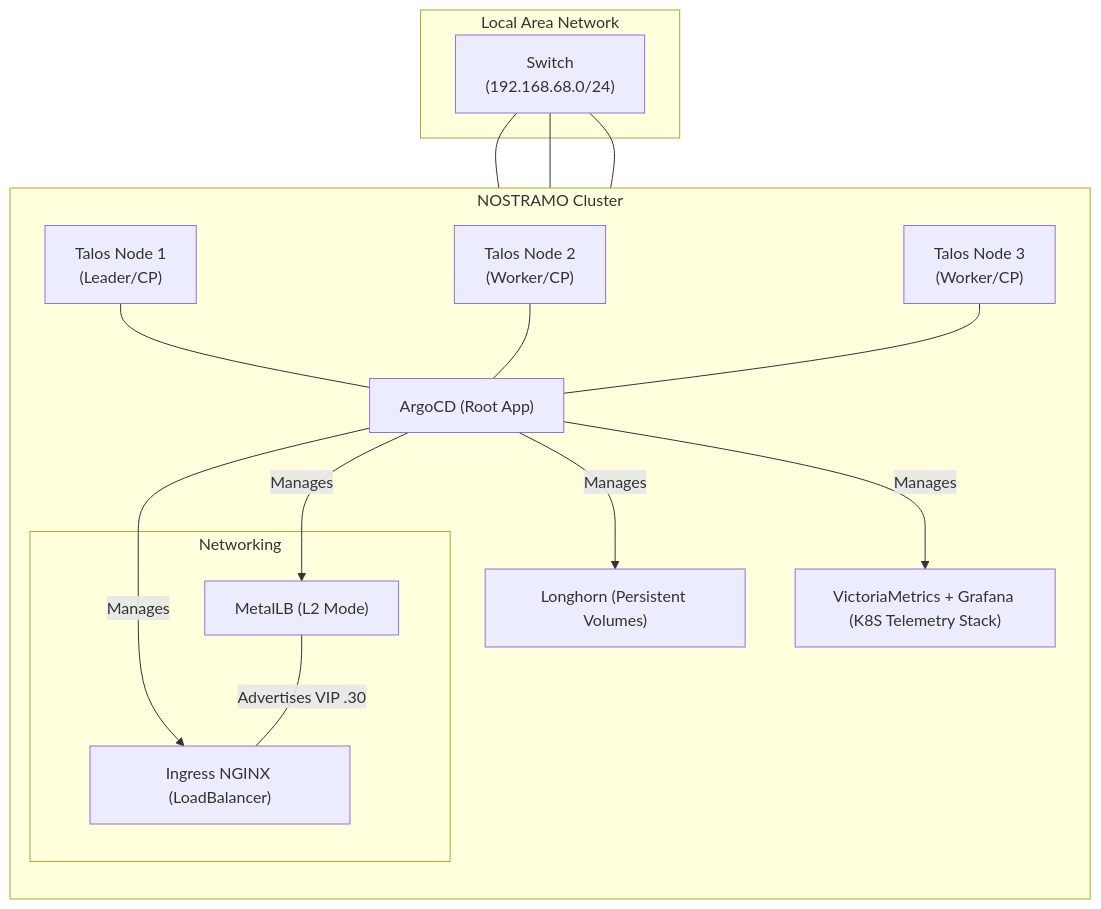
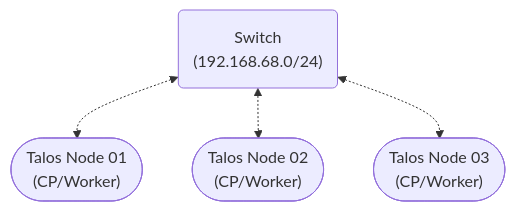
One commit to Kyleg142/nostramo-lab changed the second of 2 diagrams in README.md. Above: the diagram before and after it, drawn with Mermaid. The commit also changed other lines of this file, not shown here.

````diff
--- a/README.md
+++ b/README.md
@@ -4,39 +77,13 @@
 ```mermaid
 graph TD
-    subgraph LAN ["Local Area Network"]
-        Switch["Switch</br>(192.168.68.0/24)"]
-    end
+        Node1(["Talos Node 01<br/>(CP/Worker)"])
+        Node2(["Talos Node 02<br/>(CP/Worker)"])
+        Node3(["Talos Node 03<br/>(CP/Worker)"])
 
-    subgraph Cluster ["NOSTRAMO Cluster"]
-        direction TB
-        Node1["Talos Node 1</br>(Leader/CP)"]
-        Node2["Talos Node 2</br>(Worker/CP)"]
-        Node3["Talos Node 3</br>(Worker/CP)"]
-        
-        Argo["ArgoCD (Root App)"]
+        Switch("Switch<br/>(192.168.68.0/24)")
 
-        
-
-        Longhorn["Longhorn (Persistent Volumes)"]
-
-        VM["VictoriaMetrics + Grafana (K8S Telemetry Stack)"]
-        
-        subgraph Networking ["Networking"]
-            MetalLB["MetalLB (L2 Mode)"]
-            Nginx["Ingress NGINX (LoadBalancer)"]
-        end
-    end
-
-    %% Connections
-    Switch --- Node1
-    Switch --- Node2
-    Switch --- Node3
-    
-    Node1 & Node2 & Node3 --- Argo
-    Argo -->|Manages| MetalLB
-    Argo -->|Manages| Nginx
-    Argo -->|Manages| Longhorn
-    Argo -->|Manages| VM
-    
-    MetalLB ---|Advertises VIP .30| Nginx
+        %% Connections
+        Switch <-.-> Node1
+        Switch <-.-> Node2
+        Switch <-.-> Node3
 ```
````
